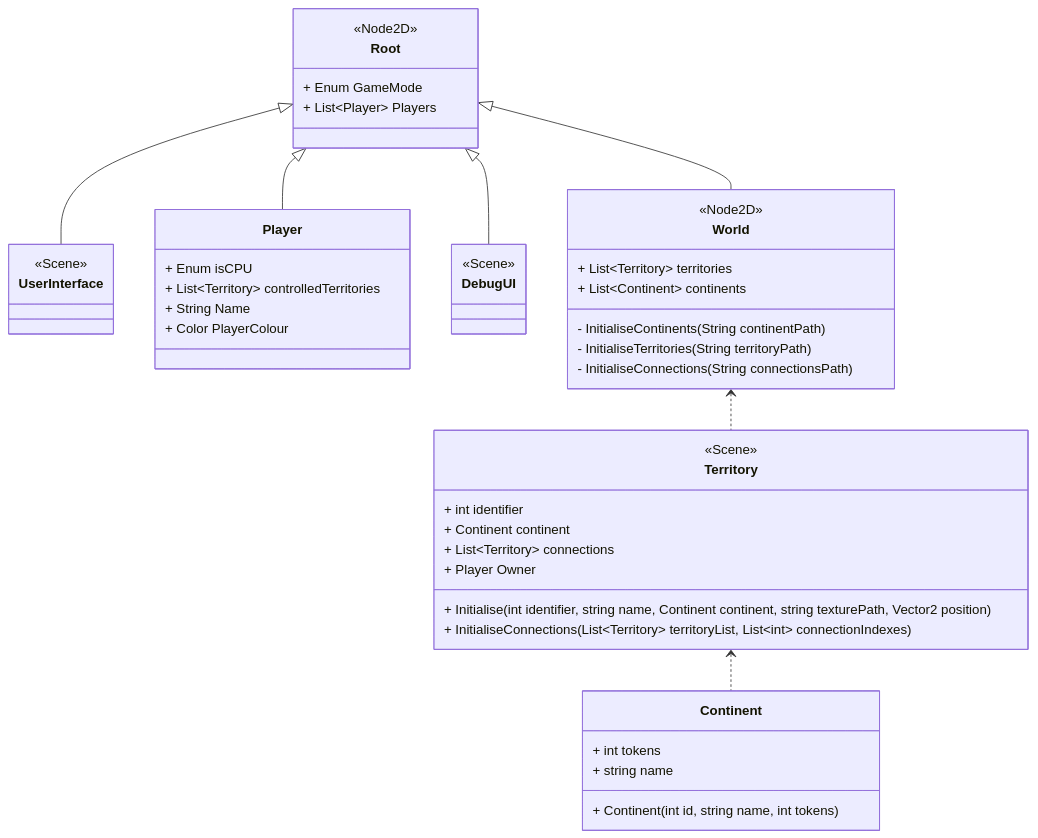
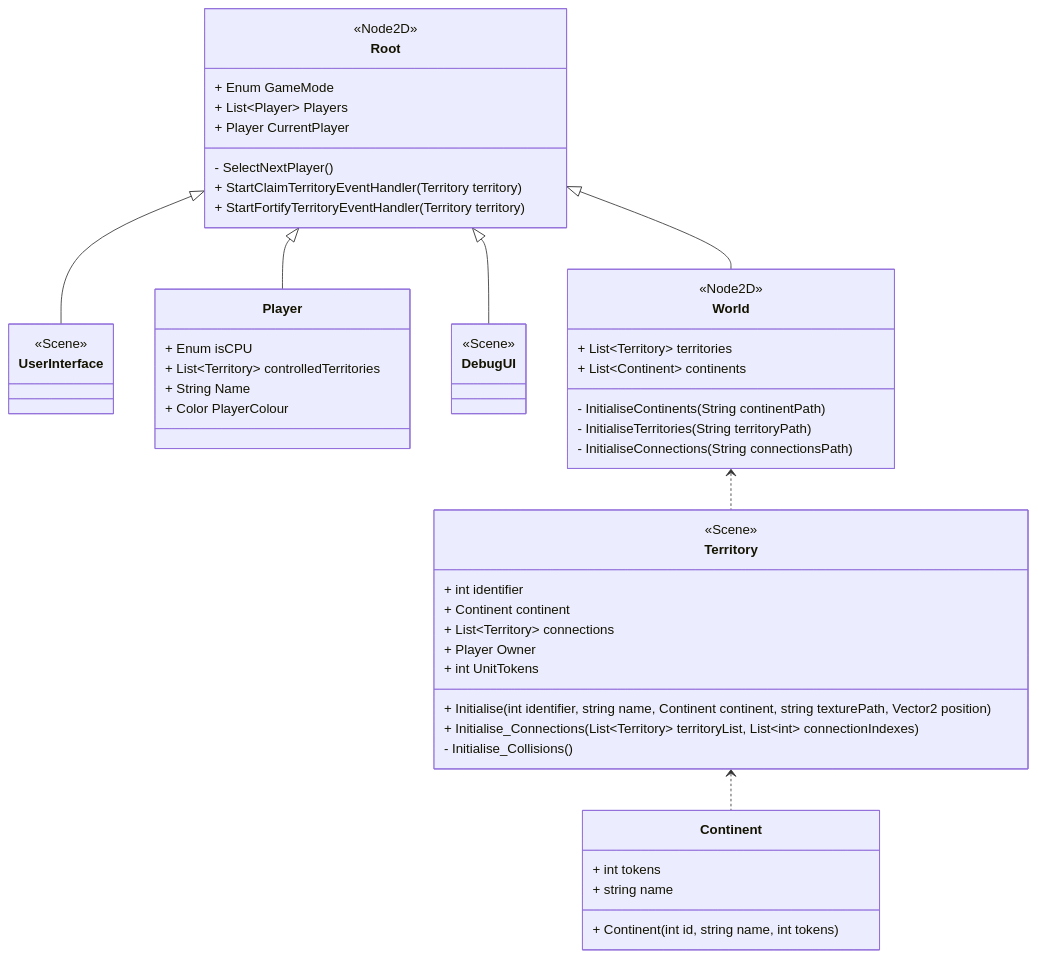
One commit to LukeS03/Y2_S2_SoftwareEngineeringProject changed the first of 3 diagrams in design/Sprint_02_Design.md. Above: the diagram before and after it, drawn with Mermaid. The commit also changed other lines of this file and 4 other files, not shown here.

````diff
--- a/design/Sprint_02_Design.md
+++ b/design/Sprint_02_Design.md
@@ -13,56 +13,62 @@
 ```mermaid
 classDiagram
     class Root {
         <<Node2D>>
         + Enum GameMode
         + List~Player~ Players
+        + Player CurrentPlayer
+        - SelectNextPlayer()
+        + StartClaimTerritoryEventHandler(Territory territory)
+        + StartFortifyTerritoryEventHandler(Territory territory)
     }
 
     class UserInterface {
         <<Scene>>
     }
 
     class Player {
         + Enum isCPU
         + List~Territory~ controlledTerritories
         + String Name
         + Color PlayerColour
     }
 
     class DebugUI {
         <<Scene>>
     }
 
     class World {
         <<Node2D>>
         + List~Territory~ territories
         + List~Continent~ continents
         - InitialiseContinents(String continentPath)
         - InitialiseTerritories(String territoryPath)
         - InitialiseConnections(String connectionsPath)
     }
 
 
     class Territory {
         <<Scene>>
         + int identifier
         + Continent continent
         + List~Territory~ connections
         + Player Owner
+        + int UnitTokens
         + Initialise(int identifier, string name, Continent continent, string texturePath, Vector2 position)
-        + InitialiseConnections(List~Territory~ territoryList, List~int~ connectionIndexes)
+        + Initialise_Connections(List~Territory~ territoryList, List~int~ connectionIndexes)
+        - Initialise_Collisions()
     }
 
     class Continent {
         + int tokens
         + string name
         + Continent(int id, string name, int tokens)
     }
 
     Root <|-- UserInterface
     Root <|-- DebugUI
     Root <|-- Player
     Root <|-- World
     World <.. Territory
     Territory <.. Continent
 ```
````
